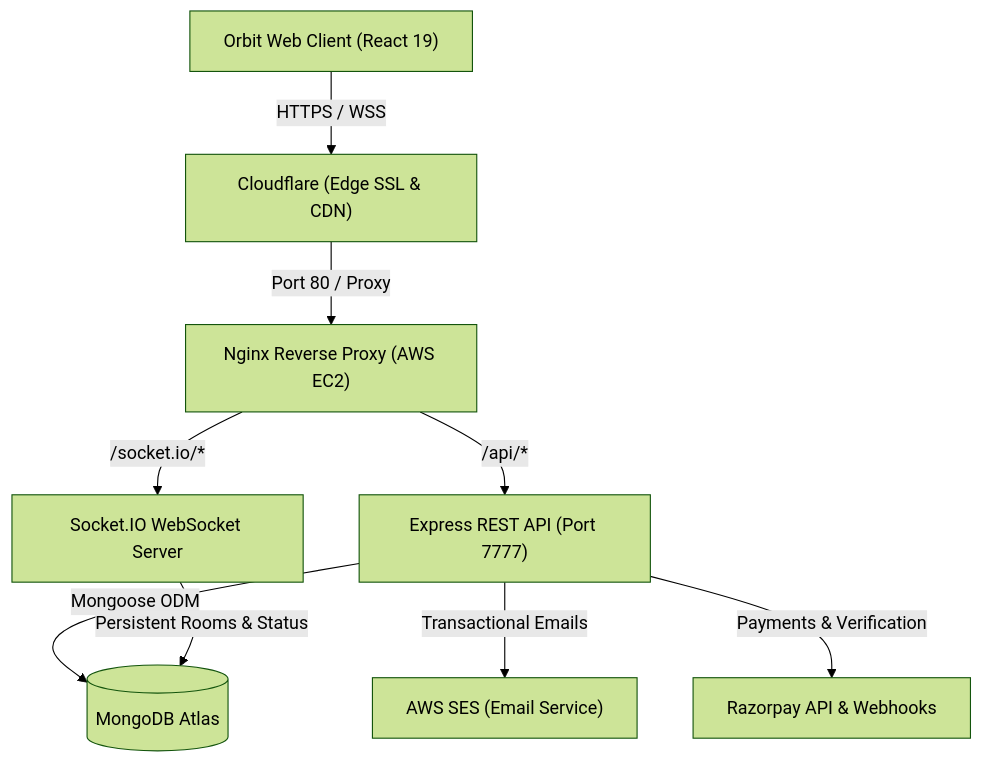
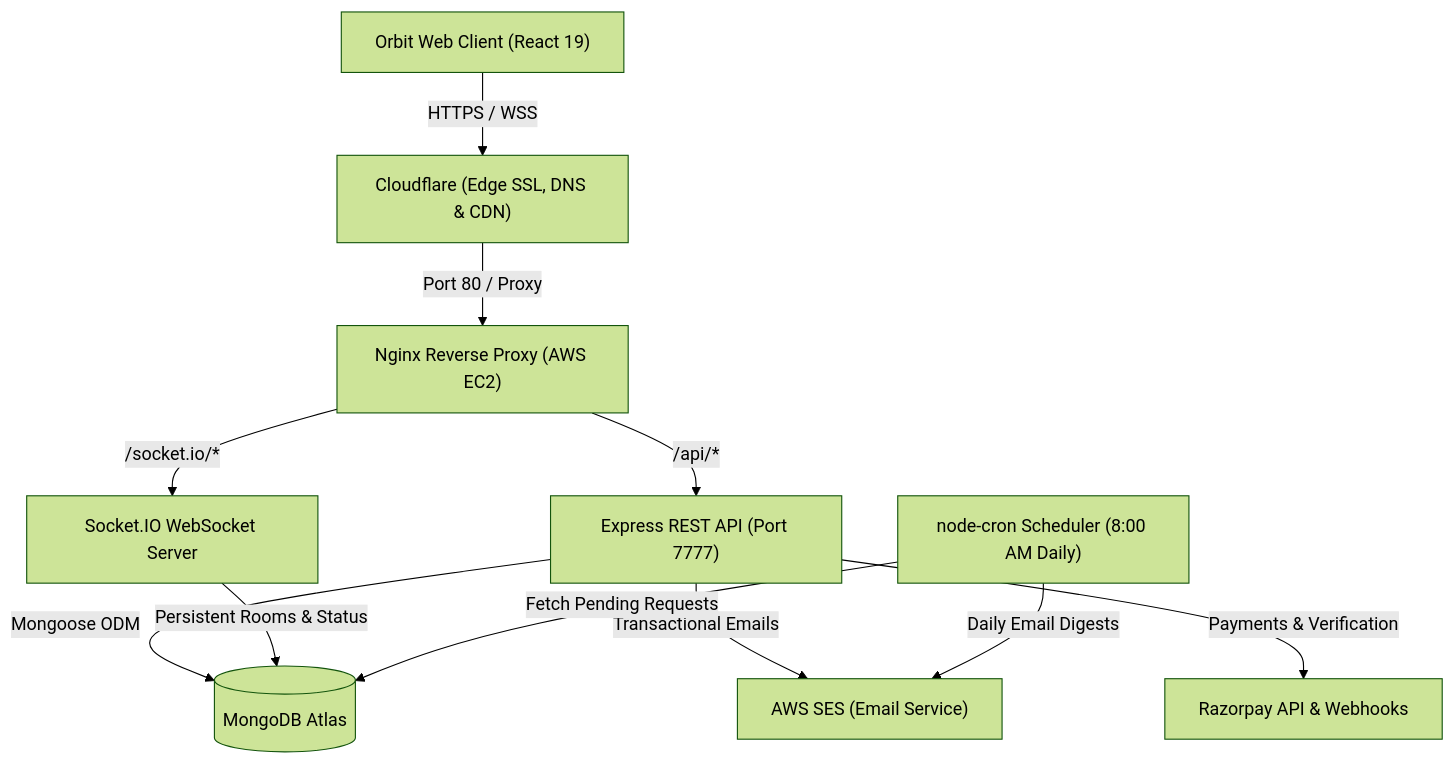
The diagram in README.md (the-ajay-panigrahi/orbit-backend), drawn with Mermaid (forest theme) before and after one commit. The commit also changed other lines of this file and 2 other files, not shown here.

Commit message:
feat(docs): add cron job architecture, theme screenshots, and cloud deployment documentation

````diff
--- a/README.md
+++ b/README.md
@@ -18,20 +18,23 @@
 ```mermaid
 flowchart TD
     Client["Orbit Web Client (React 19)"]
-    Cloudflare["Cloudflare (Edge SSL & CDN)"]
+    Cloudflare["Cloudflare (Edge SSL, DNS & CDN)"]
     Nginx["Nginx Reverse Proxy (AWS EC2)"]
     Express["Express REST API (Port 7777)"]
     SocketServer["Socket.IO WebSocket Server"]
+    CronWorker["node-cron Scheduler (8:00 AM Daily)"]
     MongoDB[("MongoDB Atlas")]
     SES["AWS SES (Email Service)"]
     Razorpay["Razorpay API & Webhooks"]
 
     Client -->|HTTPS / WSS| Cloudflare
     Cloudflare -->|Port 80 / Proxy| Nginx
     Nginx -->|/api/*| Express
     Nginx -->|/socket.io/*| SocketServer
     Express -->|Mongoose ODM| MongoDB
     Express -->|Transactional Emails| SES
     Express -->|Payments & Verification| Razorpay
     SocketServer -->|Persistent Rooms & Status| MongoDB
+    CronWorker -->|Fetch Pending Requests| MongoDB
+    CronWorker -->|Daily Email Digests| SES
 ```
````
